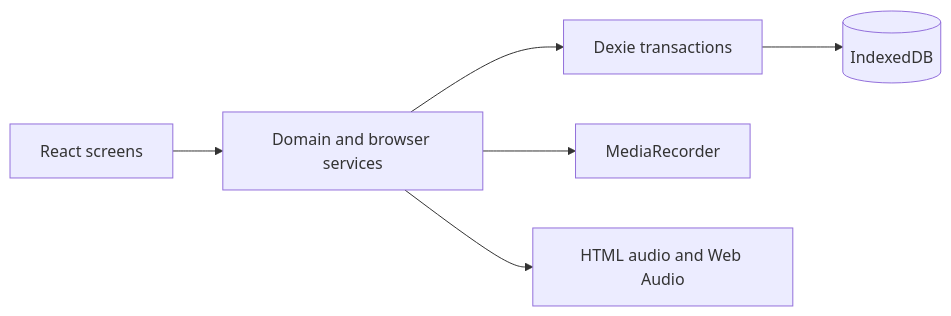
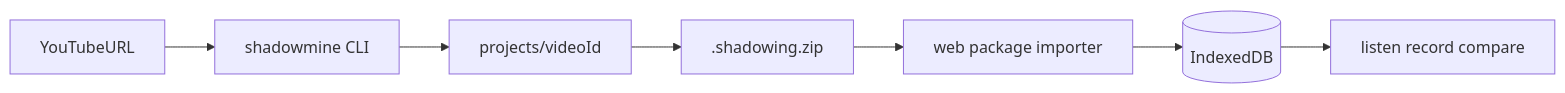
One commit to efancher/shadowing changed the diagram in README.md. Above: the diagram before and after it, drawn with Mermaid. The commit also changed other lines of this file and 69 other files, not shown here.

First line of the commit message:
Split into shadowmine CLI, portable packages, and practice web app.

````diff
--- a/README.md
+++ b/README.md
@@ -76,8 +91,9 @@
 ```mermaid
 flowchart LR
-  UI[React screens] --> Services[Domain and browser services]
-  Services --> Dexie[Dexie transactions]
-  Dexie --> IndexedDB[(IndexedDB)]
-  Services --> MediaRecorder[MediaRecorder]
-  Services --> Audio[HTML audio and Web Audio]
+  YouTubeURL --> CLI[shadowmine CLI]
+  CLI --> ProjectDir[projects/videoId]
+  ProjectDir --> Package[".shadowing.zip"]
+  Package --> WebImport[web package importer]
+  WebImport --> IndexedDB[(IndexedDB)]
+  IndexedDB --> Practice[listen record compare]
 ```
````
